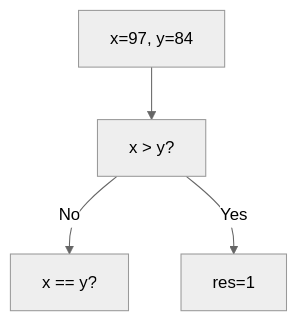
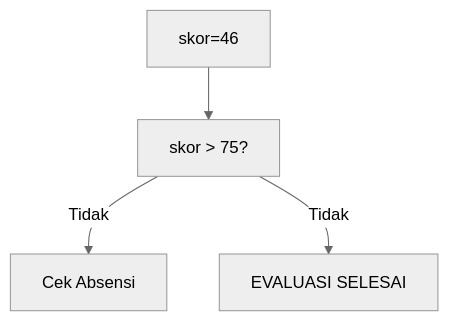
Diagram 13 of 25 in part-c-pemahaman-cpp/02-percabangan/latihan/set-12.md (amnahwaida/OSNK_INF_PREP), drawn with Mermaid (neutral theme) before and after one commit. The commit also changed other lines of this file and 71 other files, not shown here.

````diff
--- a/part-c-pemahaman-cpp/02-percabangan/latihan/set-12.md
+++ b/part-c-pemahaman-cpp/02-percabangan/latihan/set-12.md
@@ -366,6 +377,6 @@
 ```mermaid
 graph TD
-A["x=97, y=84"] --> B["x > y?"]
-B -- No --> C["x == y?"]
-B -- Yes --> D[res=1]
+A["skor=46"] --> B["skor > 75?"]
+B -- Tidak --> C["Cek Absensi"]
+B -- Tidak --> D["EVALUASI SELESAI"]
 ```
````
